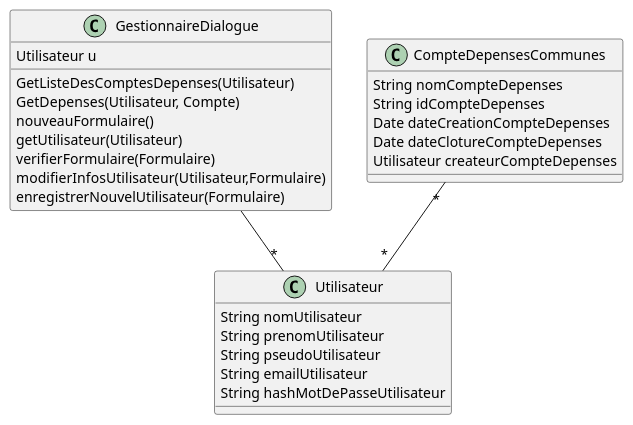
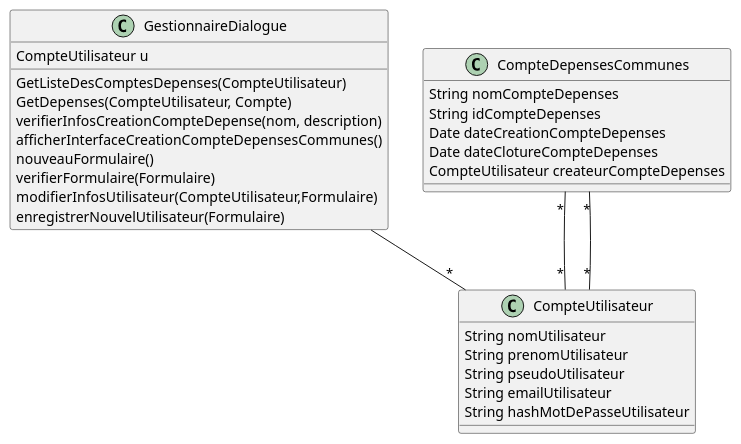
Before and after one commit to lmtb06/sharecount: the diagram in diagrammes/conception/classes.puml, drawn with PlantUML. The commit also changed 5 other files, not shown here.

Commit message:
-Mise à jour du diagramme de sequence de conception creer-compte-utilisateur

```diff
--- a/diagrammes/conception/classes.puml
+++ b/diagrammes/conception/classes.puml
@@ -1,35 +1,38 @@
 @startuml Classes
 
 	class GestionnaireDialogue {
-		GetListeDesComptesDepenses(Utilisateur)
-		GetDepenses(Utilisateur, Compte)
+
 	}
 
-	class Utilisateur {
+	class CompteUtilisateur {
 		String nomUtilisateur
 		String prenomUtilisateur
 		String pseudoUtilisateur
 		String emailUtilisateur
 		String hashMotDePasseUtilisateur
 	}
+	CompteDepensesCommunes "*"--"*" CompteUtilisateur
 
 	class GestionnaireDialogue {
-		Utilisateur u
+		CompteUtilisateur u
+		GetListeDesComptesDepenses(CompteUtilisateur)
+		GetDepenses(CompteUtilisateur, Compte)
+		verifierInfosCreationCompteDepense(nom, description)
+		afficherInterfaceCreationCompteDepensesCommunes()
 		nouveauFormulaire()
-		getUtilisateur(Utilisateur)
 		verifierFormulaire(Formulaire)
-		modifierInfosUtilisateur(Utilisateur,Formulaire)
+		modifierInfosUtilisateur(CompteUtilisateur,Formulaire)
 		enregistrerNouvelUtilisateur(Formulaire)
 	}
 
 	class CompteDepensesCommunes {
 		String nomCompteDepenses
 		String idCompteDepenses
 		Date dateCreationCompteDepenses
 		Date dateClotureCompteDepenses
-		Utilisateur createurCompteDepenses
+		CompteUtilisateur createurCompteDepenses
 	}
-	CompteDepensesCommunes "*"--"*" Utilisateur
-	GestionnaireDialogue --"*" Utilisateur
-	
+	CompteDepensesCommunes "*"--"*" CompteUtilisateur
+	GestionnaireDialogue --"*" CompteUtilisateur
+
 @enduml
```
